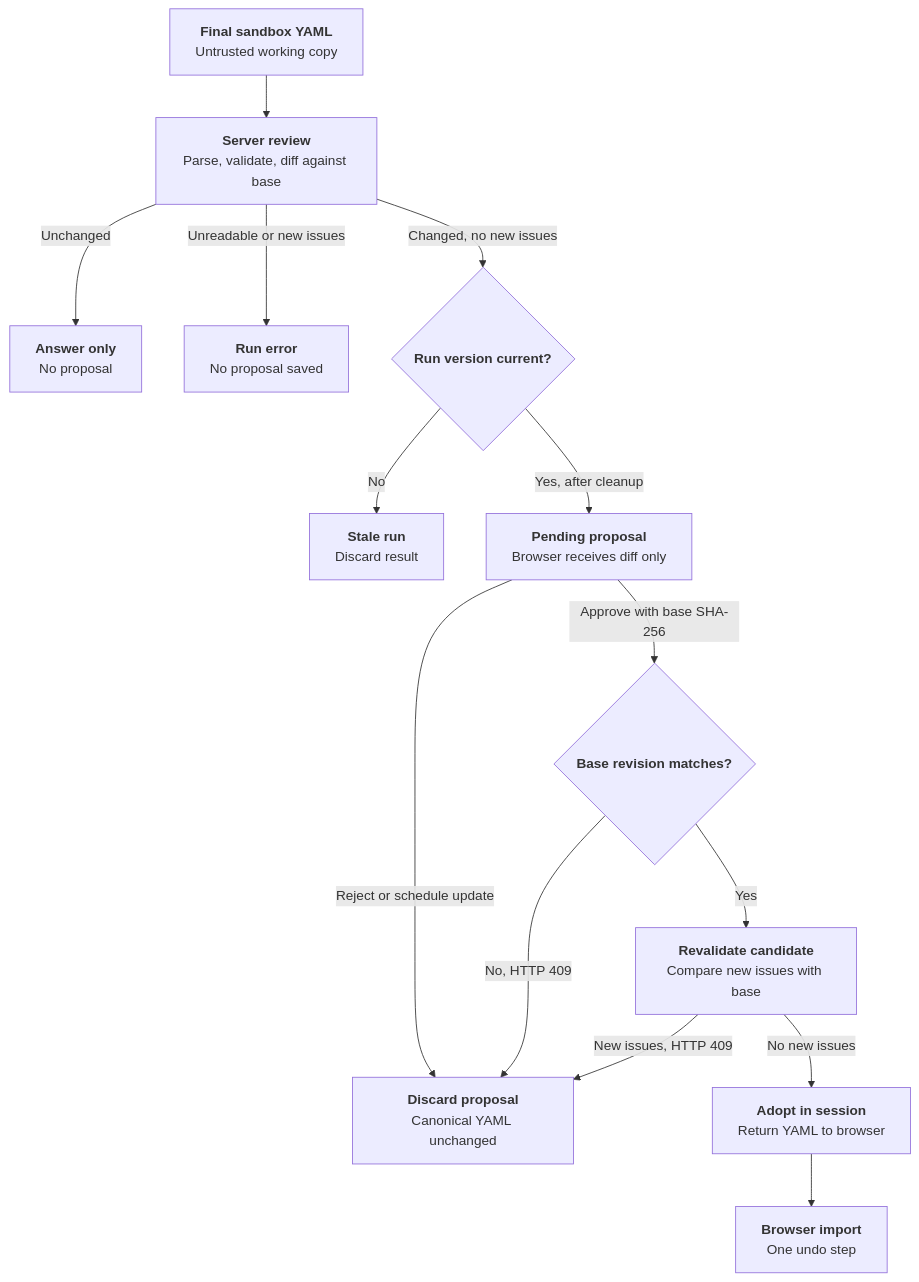
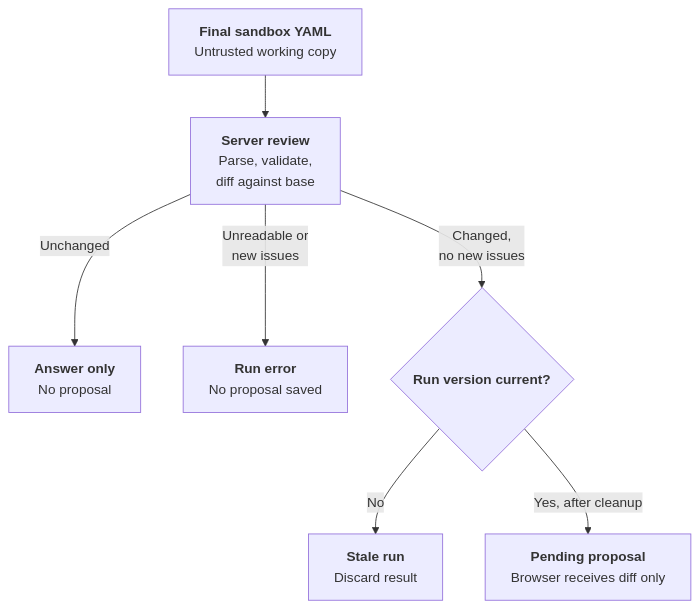
Before and after one commit to j3soon/nurse-scheduling: diagram 13 of 14 in docs/content/developer-guide/ai-assistant.md, drawn with Mermaid. The commit also changed other lines of this file, not shown here.

First line of the commit message:
docs: fit AI assistant diagrams to desktop content width

````diff
--- a/docs/content/developer-guide/ai-assistant.md
+++ b/docs/content/developer-guide/ai-assistant.md
@@ -578,16 +751,10 @@
 ```mermaid
 flowchart TB
-    Working[<b>Final sandbox YAML</b><br/>Untrusted working copy] --> Review[<b>Server review</b><br/>Parse, validate, diff against base]
+    Working[<b>Final sandbox YAML</b><br/>Untrusted working copy] --> Review[<b>Server review</b><br/>Parse, validate,<br/>diff against base]
     Review -->|Unchanged| Answer[<b>Answer only</b><br/>No proposal]
-    Review -->|Unreadable or new issues| Fail[<b>Run error</b><br/>No proposal saved]
-    Review -->|Changed, no new issues| Current{<b>Run version current?</b>}
+    Review -->|Unreadable or<br/>new issues| Fail[<b>Run error</b><br/>No proposal saved]
+    Review -->|Changed,<br/>no new issues| Current{<b>Run version current?</b>}
     Current -->|No| Stale[<b>Stale run</b><br/>Discard result]
     Current -->|Yes, after cleanup| Pending[<b>Pending proposal</b><br/>Browser receives diff only]
-    Pending -->|Reject or schedule update| Discard[<b>Discard proposal</b><br/>Canonical YAML unchanged]
-    Pending -->|Approve with base SHA-256| Revision{<b>Base revision matches?</b>}
-    Revision -->|No, HTTP 409| Discard
-    Revision -->|Yes| Recheck[<b>Revalidate candidate</b><br/>Compare new issues with base]
-    Recheck -->|New issues, HTTP 409| Discard
-    Recheck -->|No new issues| Adopt[<b>Adopt in session</b><br/>Return YAML to browser]
-    Adopt --> Import[<b>Browser import</b><br/>One undo step]
+
 ```
````
